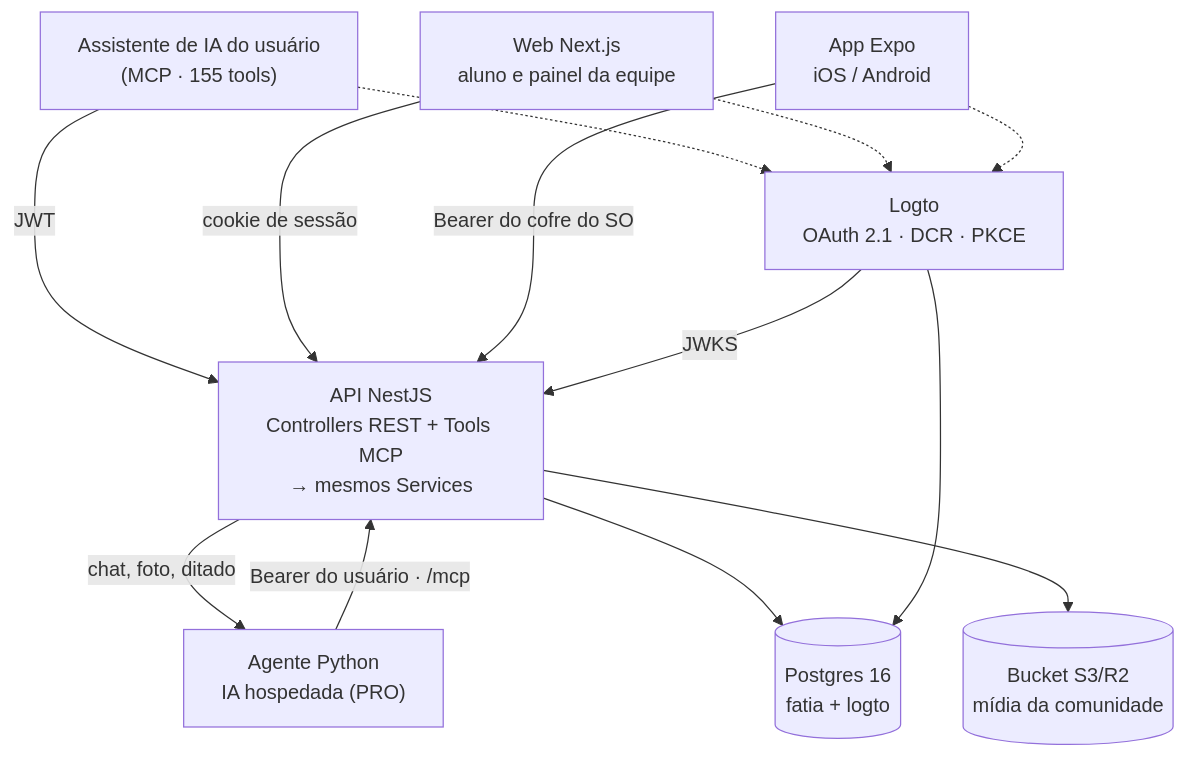
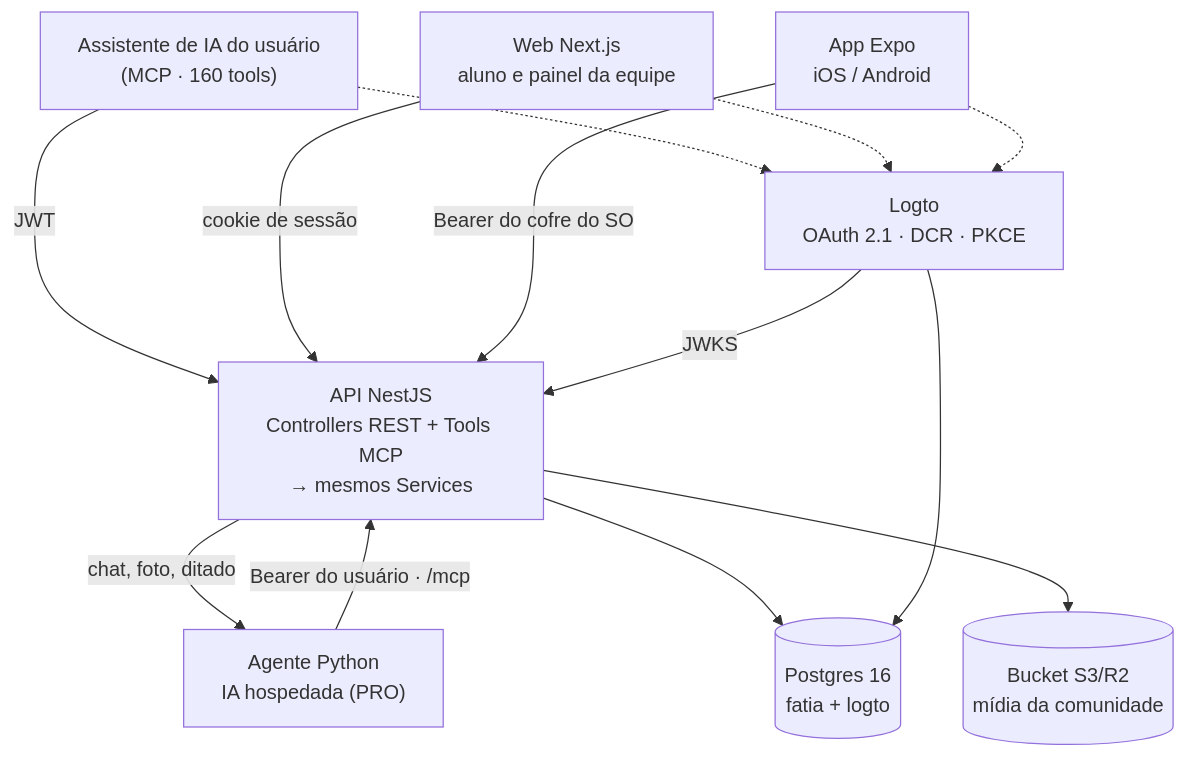
Before and after one commit to ThiagoCarreiraVallim/fatia: the diagram in README.md, drawn with Mermaid. The commit also changed other lines of this file and 93 other files, not shown here.

````diff
--- a/README.md
+++ b/README.md
@@ -33,24 +33,24 @@
 ```mermaid
 flowchart TD
-    claude["Assistente de IA do usuário<br/>(MCP · 155 tools)"]
+    claude["Assistente de IA do usuário<br/>(MCP · 160 tools)"]
     pwa["Web Next.js<br/>aluno e painel da equipe"]
     mobile["App Expo<br/>iOS / Android"]
     agent["Agente Python<br/>IA hospedada (PRO)"]
     logto["Logto<br/>OAuth 2.1 · DCR · PKCE"]
     api["API NestJS<br/>Controllers REST + Tools MCP<br/>→ mesmos Services"]
     pg[("Postgres 16<br/>fatia + logto")]
     s3[("Bucket S3/R2<br/>mídia da comunidade")]
 
     claude -- "JWT" --> api
     pwa -- "cookie de sessão" --> api
     mobile -- "Bearer do cofre do SO" --> api
     api -- "chat, foto, ditado" --> agent
     agent -- "Bearer do usuário · /mcp" --> api
     claude -.-> logto
     pwa -.-> logto
     mobile -.-> logto
     logto -- "JWKS" --> api
     api --> pg
     api --> s3
     logto --> pg
 ```
````
